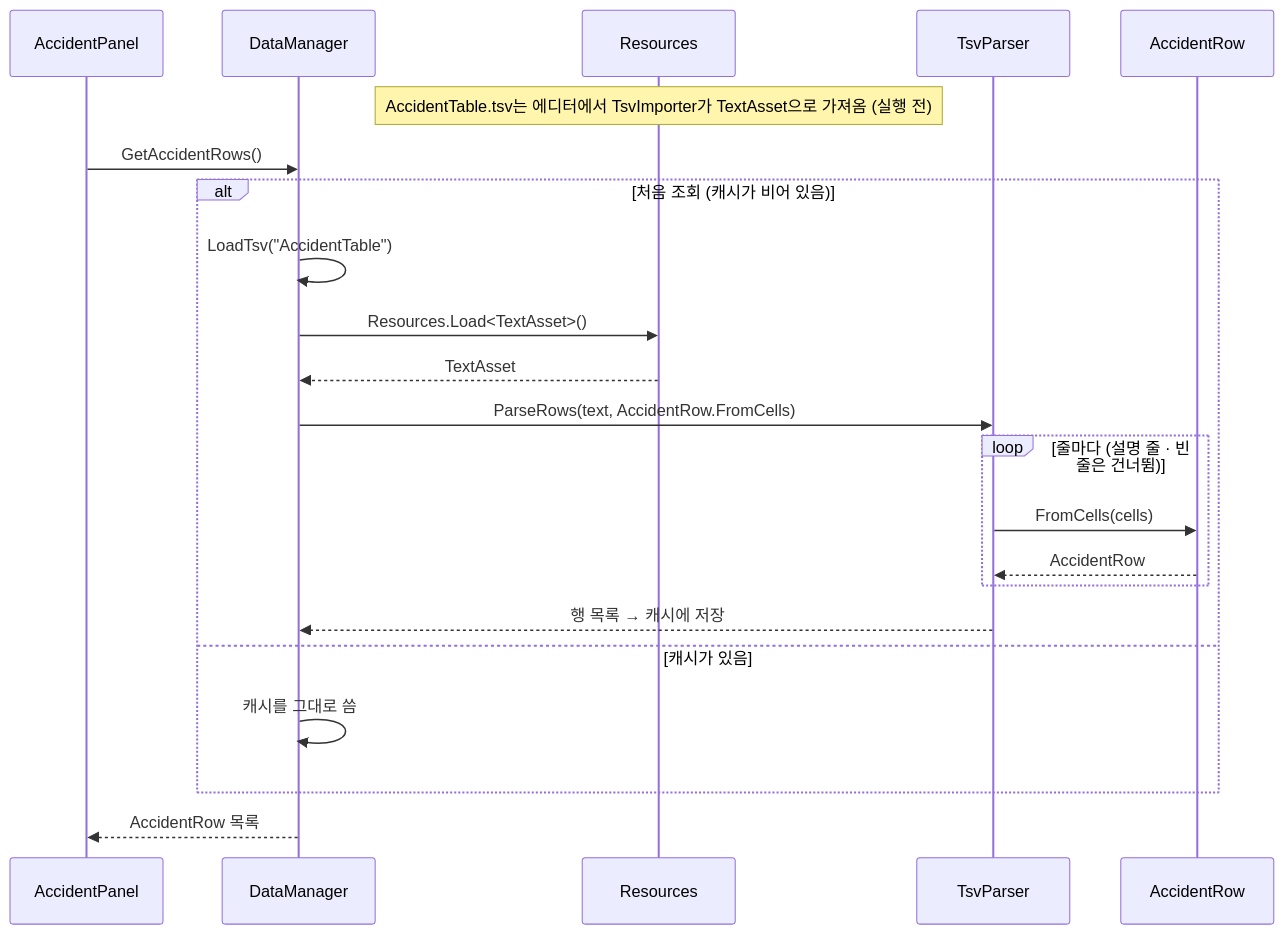
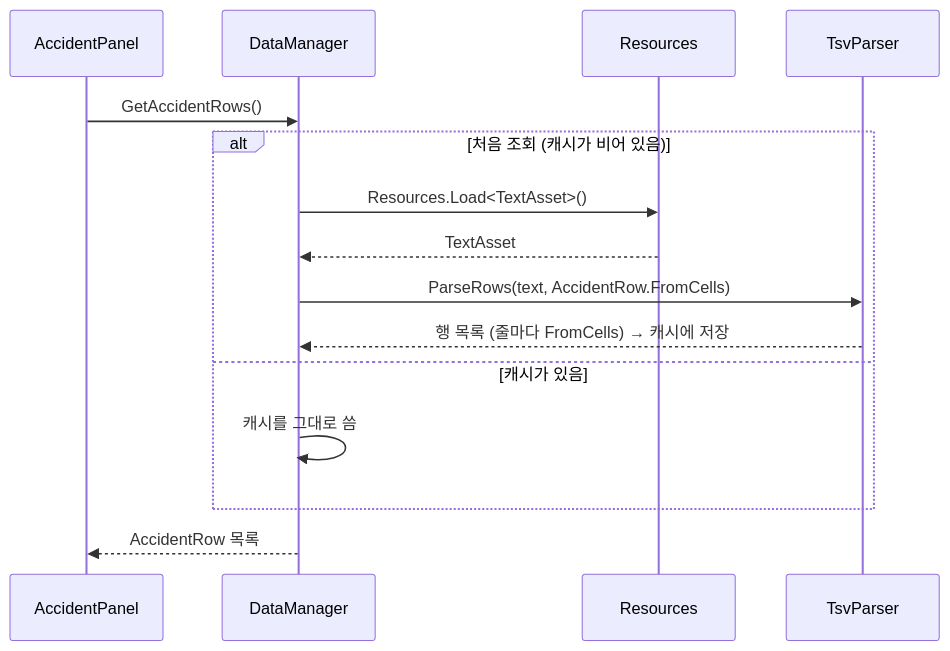
Before and after one commit to rlawlsdn77/portfolio: the fourth of 8 diagrams in src/OverFixed/OverFixed_기술문서.md, drawn with Mermaid. The commit also changed other lines of this file and 4 other files, not shown here.

````diff
--- a/src/OverFixed/OverFixed_기술문서.md
+++ b/src/OverFixed/OverFixed_기술문서.md
@@ -227,24 +206,17 @@
 ```mermaid
 sequenceDiagram
     participant AP as AccidentPanel
     participant DM as DataManager
     participant RS as Resources
     participant TP as TsvParser
-    participant AR as AccidentRow
-    Note over RS: AccidentTable.tsv는 에디터에서 TsvImporter가 TextAsset으로 가져옴 (실행 전)
     AP->>DM: GetAccidentRows()
     alt 처음 조회 (캐시가 비어 있음)
-        DM->>DM: LoadTsv("AccidentTable")
         DM->>RS: Resources.Load#lt;TextAsset#gt;()
         RS-->>DM: TextAsset
         DM->>TP: ParseRows(text, AccidentRow.FromCells)
-        loop 줄마다 (설명 줄 · 빈 줄은 건너뜀)
-            TP->>AR: FromCells(cells)
-            AR-->>TP: AccidentRow
-        end
-        TP-->>DM: 행 목록 → 캐시에 저장
+        TP-->>DM: 행 목록 (줄마다 FromCells) → 캐시에 저장
     else 캐시가 있음
         DM->>DM: 캐시를 그대로 씀
     end
     DM-->>AP: AccidentRow 목록
 ```
````
